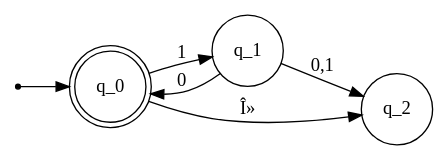
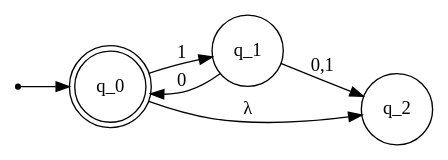
One commit to Mootikins/csc445_exam1 changed the diagram in nfa29.gv. Above: the diagram before and after it, drawn with Graphviz. The commit also changed 1 other file, not shown here.

```diff
--- a/nfa29.gv
+++ b/nfa29.gv
@@ -1,12 +1,12 @@
 digraph deterministic_finite_accepter {
 	rankdir=LR;
 	size="8,5"
 	node [shape = point ]; qi
 	node [shape = doublecircle]; q_0
 	node [shape = circle];
 	qi  -> q_0
 	q_0 -> q_1 [ label = "1" ];
-	q_0 -> q_2 [ label = "Î»" ];
+	q_0 -> q_2 [ label = "λ" ];
 	q_1 -> q_0 [ label = "0" ];
 	q_1 -> q_2 [ label = "0,1" ];	
 }
```
